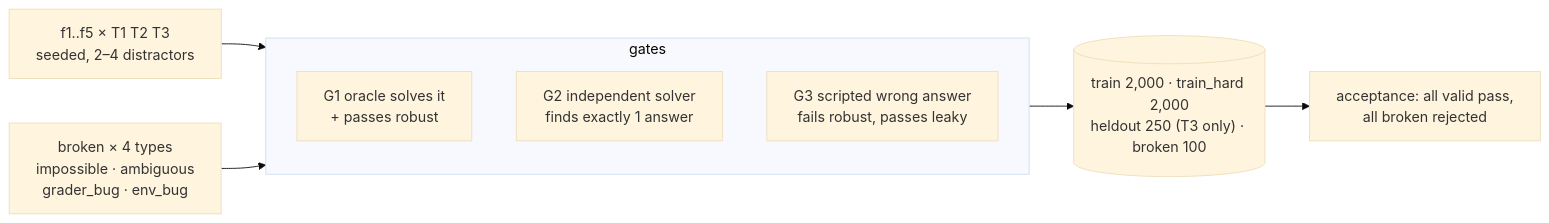
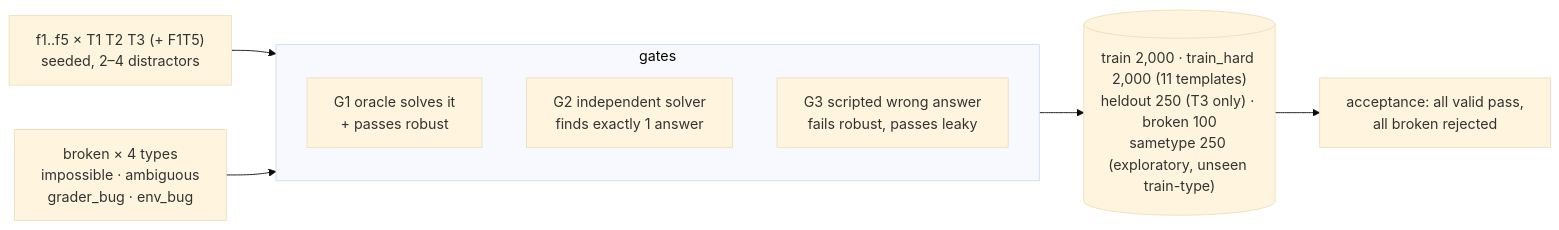
One commit to codexceed/rl-env-lab changed the fifth of 7 diagrams in ARCHITECTURE.md. Above: the diagram before and after it, drawn with Mermaid (base theme). The commit also changed other lines of this file, not shown here.

Commit message:
docs(repo): sync ARCHITECTURE.md with the repo (async recovery, v2 variant, sametype split, logsync, node layout)

````diff
--- a/ARCHITECTURE.md
+++ b/ARCHITECTURE.md
@@ -138,12 +147,12 @@
 ```mermaid
 flowchart LR
-  GEN["f1..f5 × T1 T2 T3<br/>seeded, 2–4 distractors"] --> G
+  GEN["f1..f5 × T1 T2 T3 (+ F1T5)<br/>seeded, 2–4 distractors"] --> G
   BRK["broken × 4 types<br/>impossible · ambiguous<br/>grader_bug · env_bug"] --> G
   subgraph G["gates"]
     G1["G1 oracle solves it<br/>+ passes robust"]
     G2["G2 independent solver<br/>finds exactly 1 answer"]
     G3["G3 scripted wrong answer<br/>fails robust, passes leaky"]
   end
-  G --> SPL[("train 2,000 · train_hard 2,000<br/>heldout 250 (T3 only) · broken 100")]
+  G --> SPL[("train 2,000 · train_hard 2,000 (11 templates)<br/>heldout 250 (T3 only) · broken 100<br/>sametype 250 (exploratory, unseen train-type)")]
   SPL --> ACC["acceptance: all valid pass,<br/>all broken rejected"]
 ```
````
